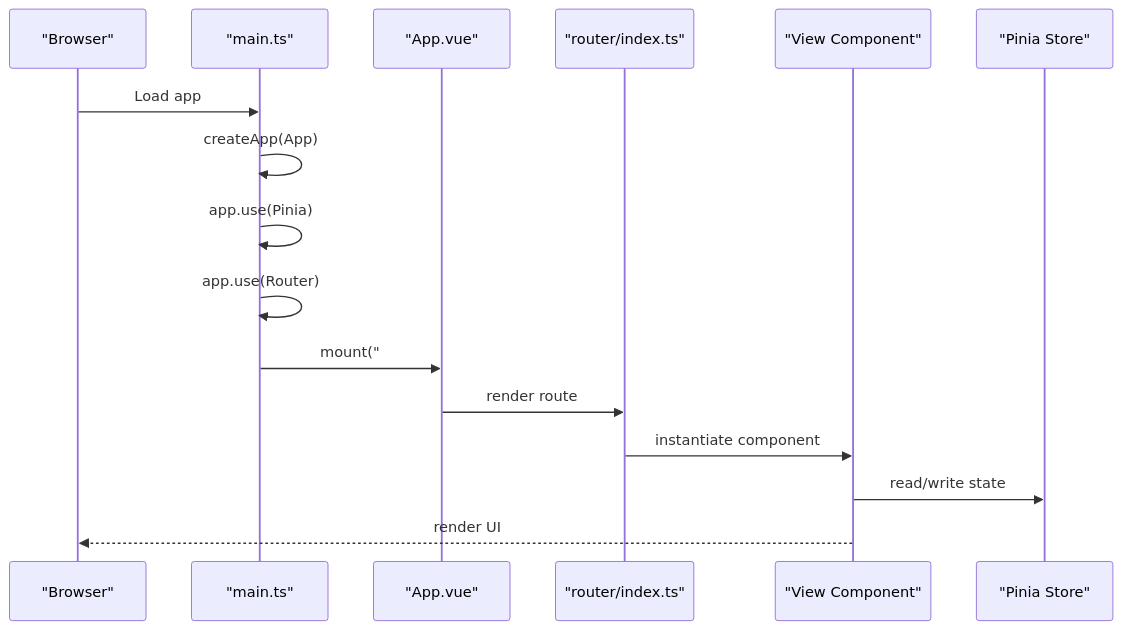
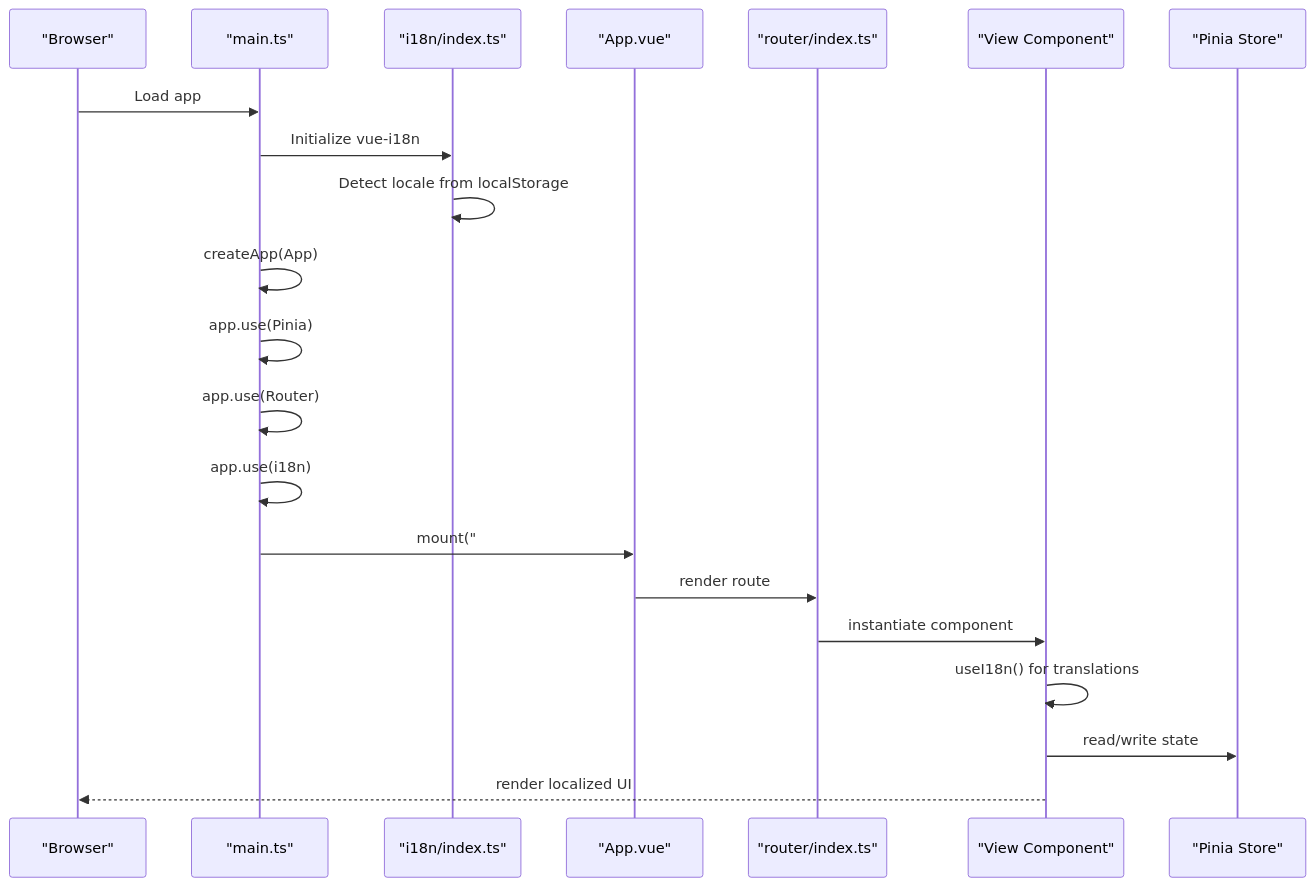
One commit to alickjoe/webterm changed the second of 11 diagrams in .qoder/repowiki/en/content/Frontend Application Architecture/Vue.js Application Structure.md. Above: the diagram before and after it, drawn with Mermaid. The commit also changed other lines of this file and 3 other files, not shown here.

First line of the commit message:
docs(architecture): 更新架构概览文档内容排版和格式

````diff
--- a/.qoder/repowiki/en/content/Frontend Application Architecture/Vue.js Application Structure.md
+++ b/.qoder/repowiki/en/content/Frontend Application Architecture/Vue.js Application Structure.md
@@ -144,18 +198,23 @@
 ```mermaid
 sequenceDiagram
 participant Browser as "Browser"
 participant Main as "main.ts"
+participant I18n as "i18n/index.ts"
 participant App as "App.vue"
 participant Router as "router/index.ts"
 participant View as "View Component"
 participant Store as "Pinia Store"
 Browser->>Main : Load app
+Main->>I18n : Initialize vue-i18n
+I18n->>I18n : Detect locale from localStorage
 Main->>Main : createApp(App)
 Main->>Main : app.use(Pinia)
 Main->>Main : app.use(Router)
+Main->>Main : app.use(i18n)
 Main->>App : mount("#app")
 App->>Router : render route
 Router->>View : instantiate component
+View->>View : useI18n() for translations
 View->>Store : read/write state
-View-->>Browser : render UI
+View-->>Browser : render localized UI
 ```
````
